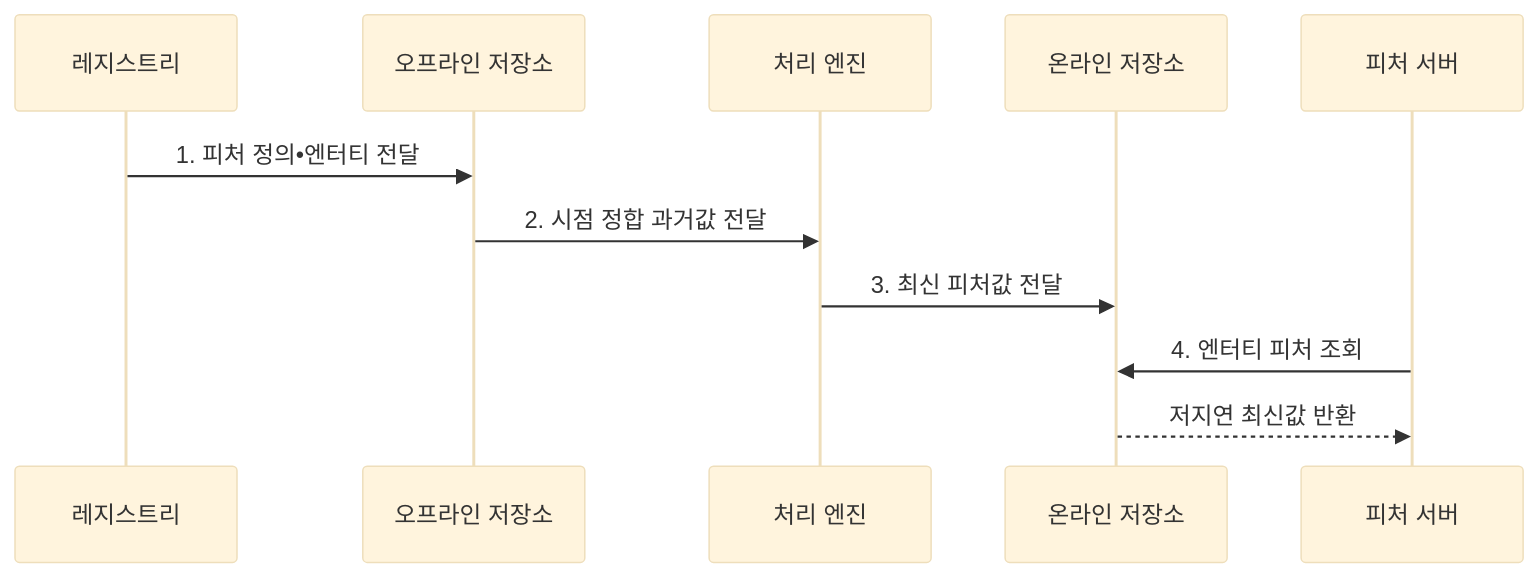
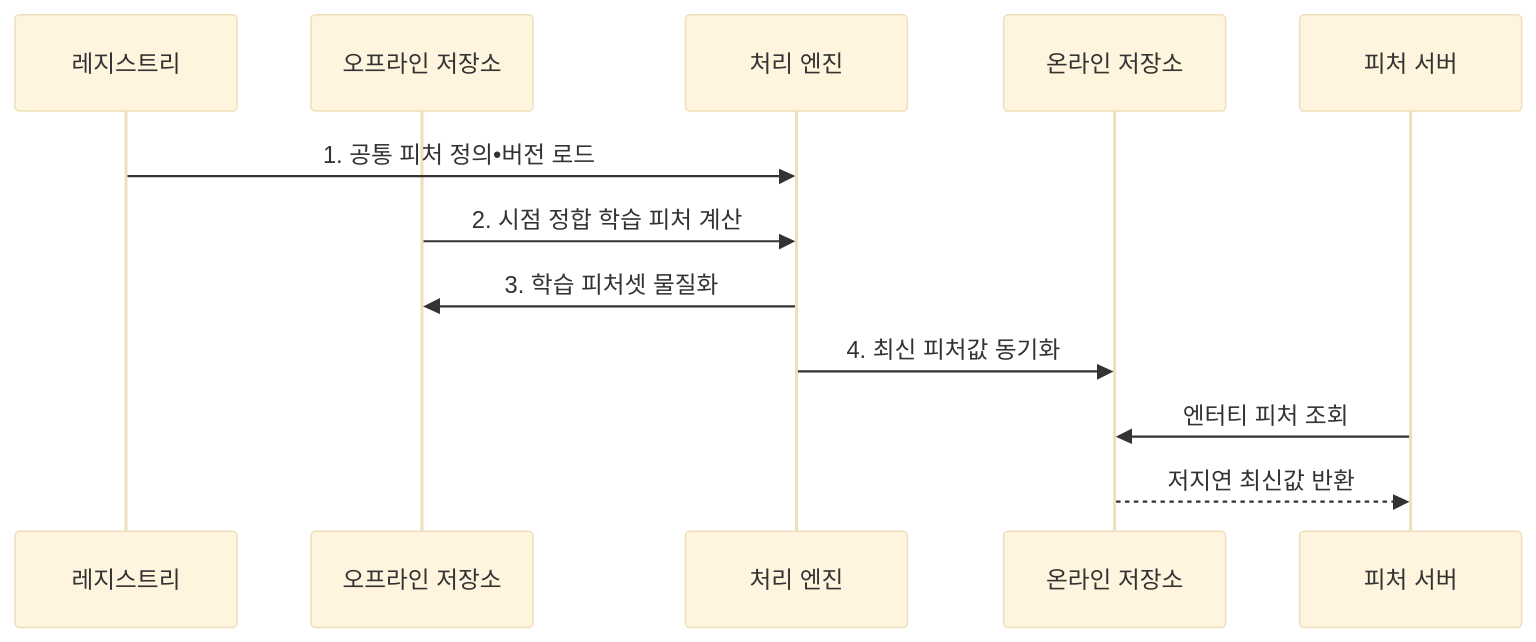
The second of 2 diagrams in src/content/docs/notes/08-latest-tech/132_feature_store.md (agnusdei1207/knowledge-base), drawn with Mermaid (base theme) before and after one commit. The commit also changed other lines of this file and 14 other files, not shown here.

````diff
--- a/src/content/docs/notes/08-latest-tech/132_feature_store.md
+++ b/src/content/docs/notes/08-latest-tech/132_feature_store.md
@@ -104,13 +104,14 @@
 ```mermaid
 sequenceDiagram
     participant R as 레지스트리
     participant O as 오프라인 저장소
     participant P as 처리 엔진
     participant N as 온라인 저장소
     participant S as 피처 서버
-    R->>O: 1. 피처 정의•엔터티 전달
-    O->>P: 2. 시점 정합 과거값 전달
-    P->>N: 3. 최신 피처값 전달
-    S->>N: 4. 엔터티 피처 조회
+    R->>P: 1. 공통 피처 정의•버전 로드
+    O->>P: 2. 시점 정합 학습 피처 계산
+    P->>O: 3. 학습 피처셋 물질화
+    P->>N: 4. 최신 피처값 동기화
+    S->>N: 엔터티 피처 조회
     N-->>S: 저지연 최신값 반환
 ```
````
